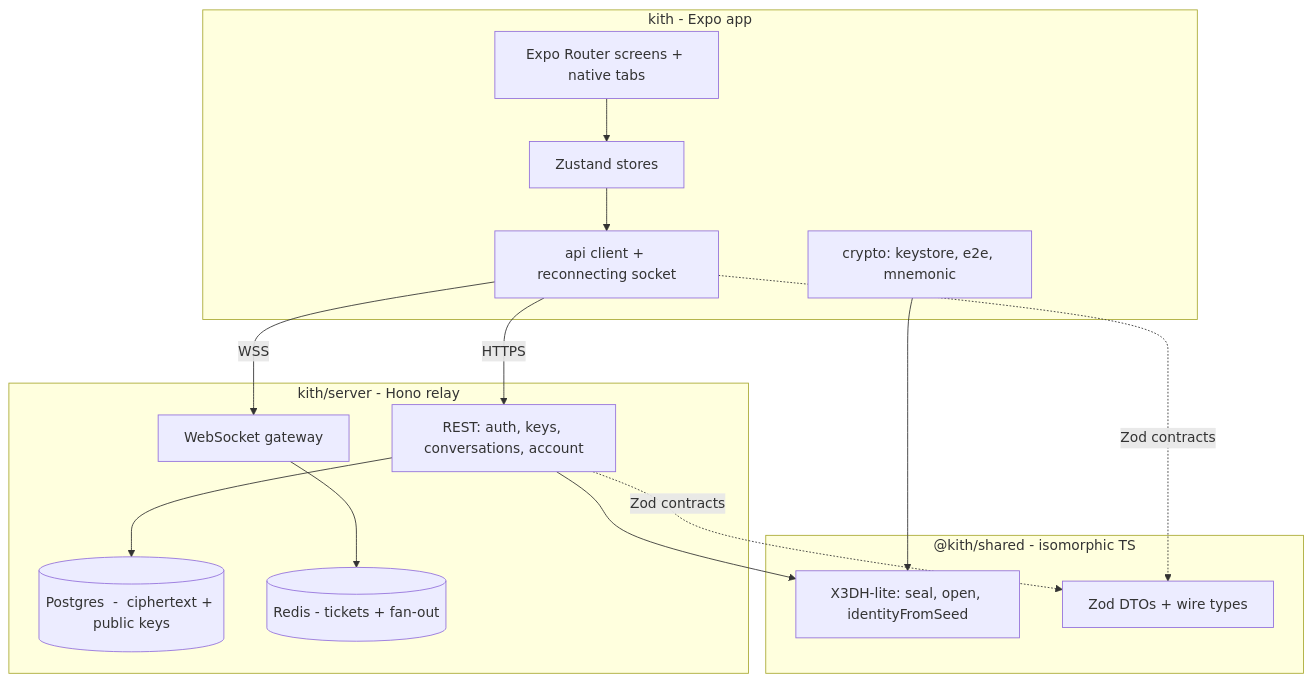
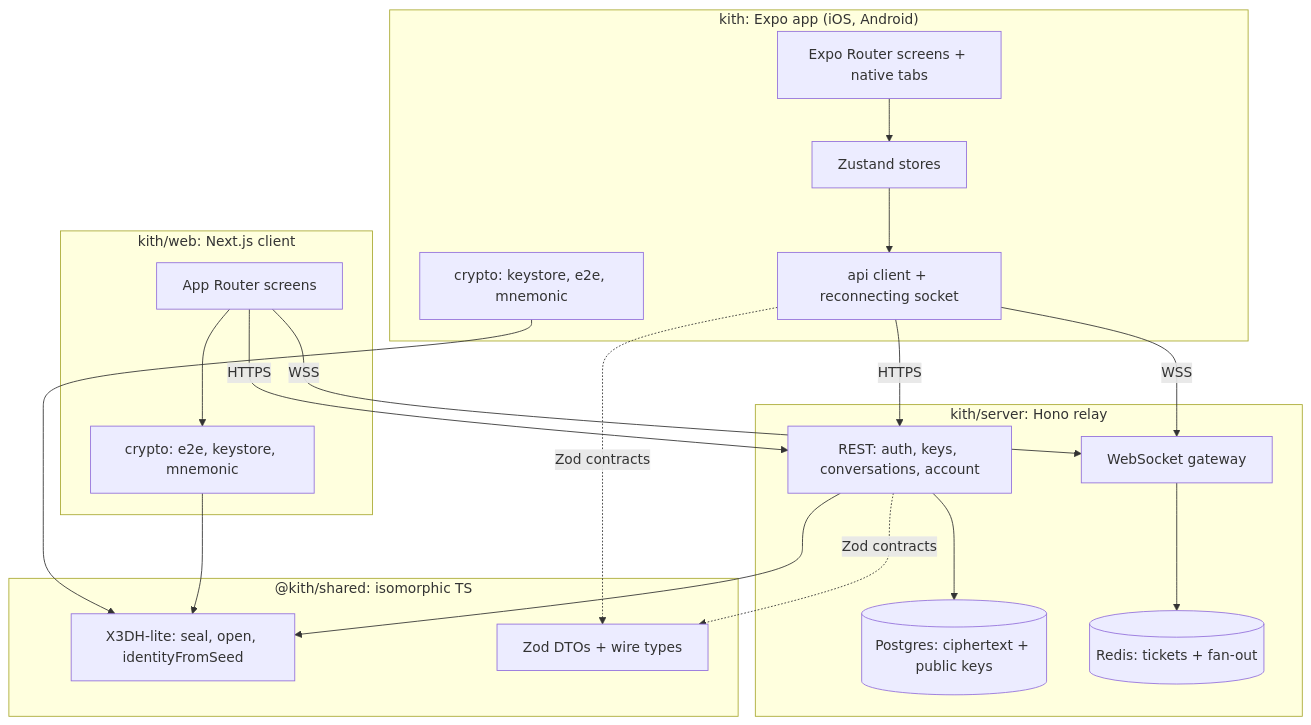
The third of 3 diagrams in README.md (aashir-athar/kith), drawn with Mermaid before and after one commit. The commit also changed other lines of this file and 5 other files, not shown here.

First line of the commit message:
Add run-all.ps1, relay CORS for the web client, and fix README Mermaid (#2)

````diff
--- a/README.md
+++ b/README.md
@@ -181,29 +183,37 @@
 ```mermaid
 flowchart TD
-    subgraph Client [kith  -  Expo app]
-        UI[Expo Router screens + native tabs]
-        ST[Zustand stores]
-        CR[crypto: keystore, e2e, mnemonic]
-        NET[api client + reconnecting socket]
+    subgraph Client ["kith: Expo app (iOS, Android)"]
+        UI["Expo Router screens + native tabs"]
+        ST["Zustand stores"]
+        CR["crypto: keystore, e2e, mnemonic"]
+        NET["api client + reconnecting socket"]
     end
-    subgraph Shared ["@kith/shared  -  isomorphic TS"]
-        X3[X3DH-lite: seal, open, identityFromSeed]
-        DTO[Zod DTOs + wire types]
+    subgraph Web ["kith/web: Next.js client"]
+        WUI["App Router screens"]
+        WCR["crypto: e2e, keystore, mnemonic"]
     end
-    subgraph Server [kith/server  -  Hono relay]
-        RT[REST: auth, keys, conversations, account]
-        WS[WebSocket gateway]
-        DB[(Postgres  -  ciphertext + public keys)]
-        RD[(Redis  -  tickets + fan-out)]
+    subgraph Shared ["@kith/shared: isomorphic TS"]
+        X3["X3DH-lite: seal, open, identityFromSeed"]
+        DTO["Zod DTOs + wire types"]
+    end
+    subgraph Server ["kith/server: Hono relay"]
+        RT["REST: auth, keys, conversations, account"]
+        WS["WebSocket gateway"]
+        DB[("Postgres: ciphertext + public keys")]
+        RD[("Redis: tickets + fan-out")]
     end
 
     UI --> ST --> NET
+    WUI --> WCR
     CR --> X3
+    WCR --> X3
     NET -->|HTTPS| RT
     NET -->|WSS| WS
+    WUI -->|HTTPS| RT
+    WUI -->|WSS| WS
     RT --> X3
     RT --> DB
     WS --> RD
     RT -.->|Zod contracts| DTO
     NET -.->|Zod contracts| DTO
 ```
````
